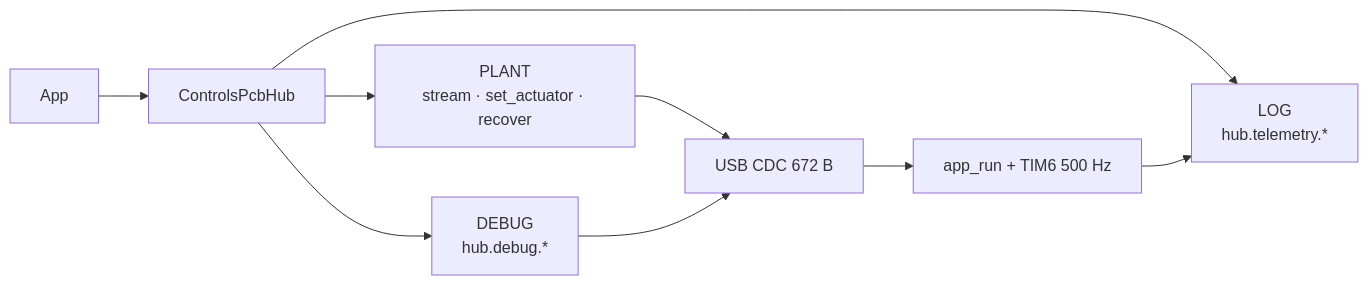
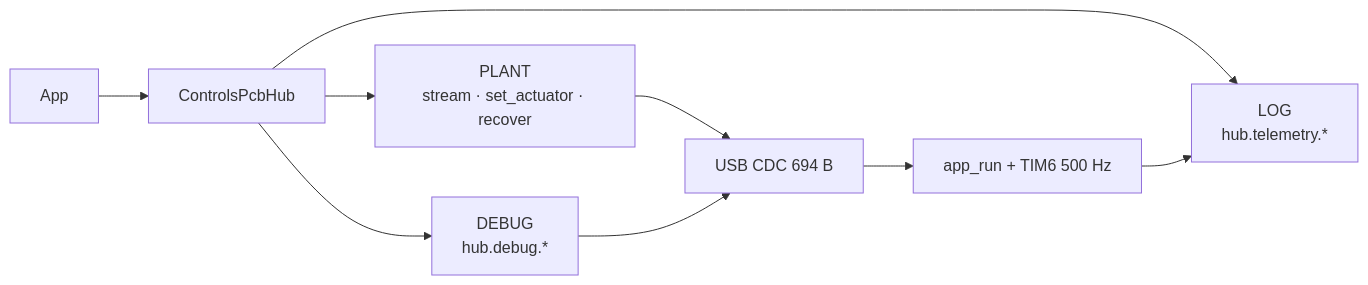
The diagram in docs/api.md (lontans/Deft_Robo_Controls), drawn with Mermaid before and after one commit. The commit also changed other lines of this file and 144 other files, not shown here.

````diff
--- a/docs/api.md
+++ b/docs/api.md
@@ -47,11 +47,11 @@
 ```mermaid
 flowchart LR
   App --> Hub["ControlsPcbHub"]
   Hub --> Plant["PLANT<br/>stream · set_actuator · recover"]
   Hub --> Debug["DEBUG<br/>hub.debug.*"]
   Hub --> Log["LOG<br/>hub.telemetry.*"]
-  Plant --> USB["USB CDC 672 B"]
+  Plant --> USB["USB CDC 694 B"]
   Debug --> USB
   USB --> MCU["app_run + TIM6 500 Hz"]
   MCU --> Log
 ```
````
